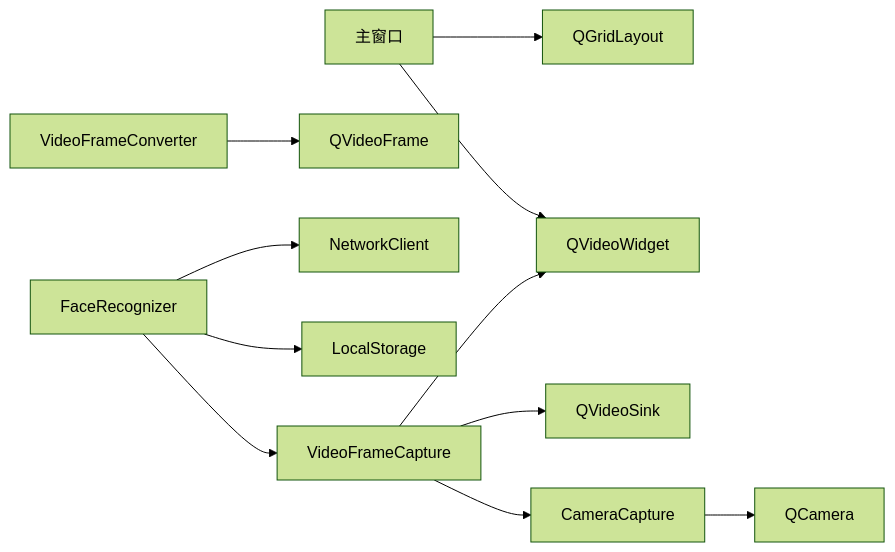
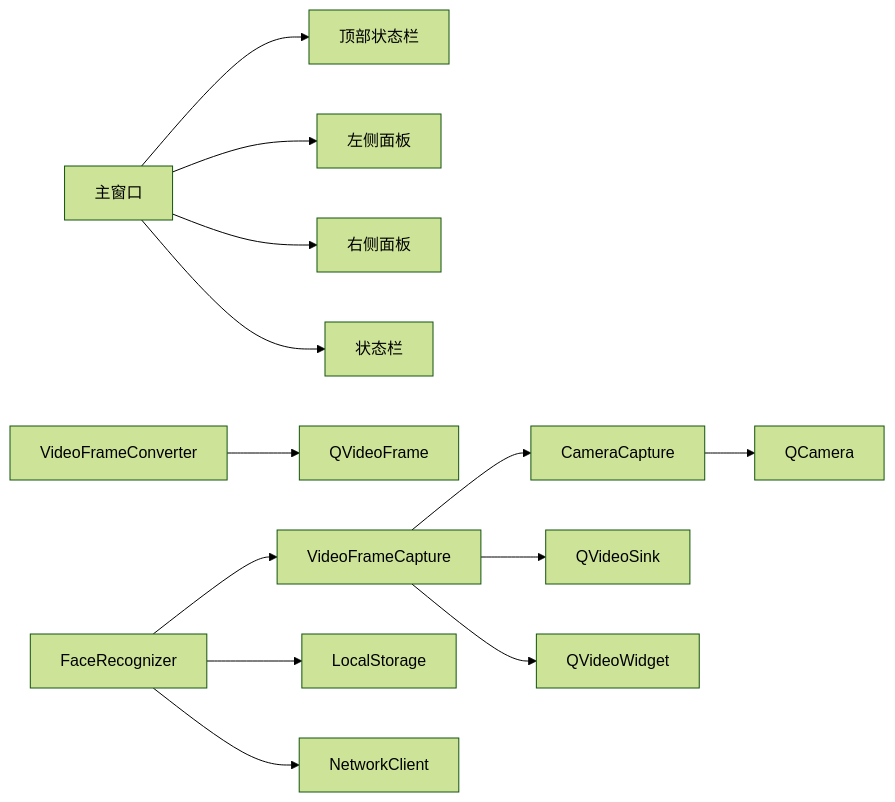
One commit to HeQiTZD/Triple-terminal-Attendance-Punching-System changed the seventh of 7 diagrams in .qoder/repowiki/zh/content/用户界面设计.md. Above: the diagram before and after it, drawn with Mermaid (forest theme). The commit also changed other lines of this file and 105 other files, not shown here.

````diff
--- a/.qoder/repowiki/zh/content/用户界面设计.md
+++ b/.qoder/repowiki/zh/content/用户界面设计.md
@@ -321,13 +381,15 @@
 ```mermaid
 graph LR
-MW["主窗口"] --> VFW["QVideoWidget"]
-MW --> GL["QGridLayout"]
+MW["主窗口"] --> TL["顶部状态栏"]
+MW --> CL["左侧面板"]
+MW --> RL["右侧面板"]
+MW --> SB["状态栏"]
 CC["CameraCapture"] --> QC["QCamera"]
 VFC["VideoFrameCapture"] --> CC
 VFC --> VFS["QVideoSink"]
-VFC --> VFW
+VFC --> VFW["QVideoWidget"]
 VFCV["VideoFrameConverter"] --> QVF["QVideoFrame"]
 FR["FaceRecognizer"] --> VFC
 FR --> LS["LocalStorage"]
 FR --> NC["NetworkClient"]
 ```
````
